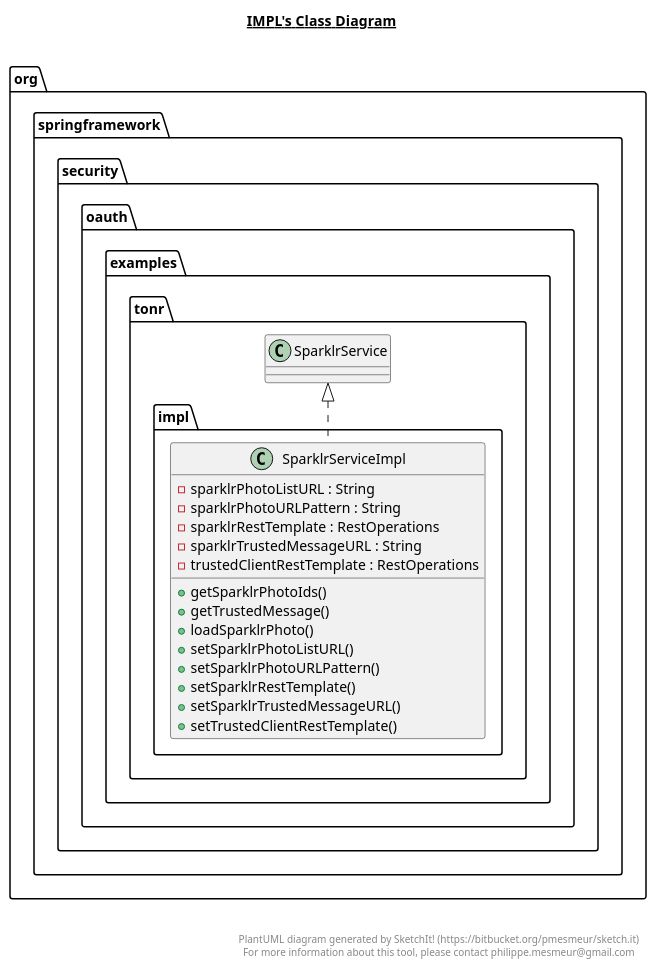
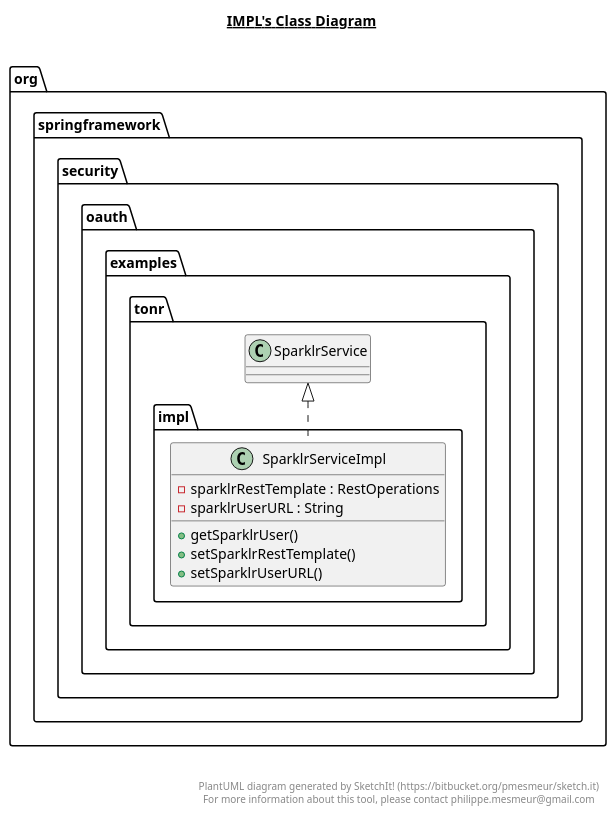
Before and after one commit to zwan2016/spring-security-oauth: the diagram in samples/oauth2/tonr/src/main/java/org/springframework/security/oauth/examples/tonr/impl/impl.plantuml, drawn with PlantUML. The commit also changed 10 other files, not shown here.

```diff
--- a/samples/oauth2/tonr/src/main/java/org/springframework/security/oauth/examples/tonr/impl/impl.plantuml
+++ b/samples/oauth2/tonr/src/main/java/org/springframework/security/oauth/examples/tonr/impl/impl.plantuml
@@ -1,36 +1,28 @@
 @startuml
 
 title __IMPL's Class Diagram__\n
 
   namespace org.springframework.security.oauth.examples.tonr {
     namespace impl {
       class org.springframework.security.oauth.examples.tonr.impl.SparklrServiceImpl {
-          - sparklrPhotoListURL : String
-          - sparklrPhotoURLPattern : String
           - sparklrRestTemplate : RestOperations
-          - sparklrTrustedMessageURL : String
-          - trustedClientRestTemplate : RestOperations
-          + getSparklrPhotoIds()
-          + getTrustedMessage()
-          + loadSparklrPhoto()
-          + setSparklrPhotoListURL()
-          + setSparklrPhotoURLPattern()
+          - sparklrUserURL : String
+          + getSparklrUser()
           + setSparklrRestTemplate()
-          + setSparklrTrustedMessageURL()
-          + setTrustedClientRestTemplate()
+          + setSparklrUserURL()
       }
     }
   }
   
 
   org.springframework.security.oauth.examples.tonr.impl.SparklrServiceImpl .up.|> org.springframework.security.oauth.examples.tonr.SparklrService
 
 
 right footer
 
 
 PlantUML diagram generated by SketchIt! (https://bitbucket.org/pmesmeur/sketch.it)
 For more information about this tool, please contact philippe.mesmeur@gmail.com
 endfooter
 
 @enduml
```
